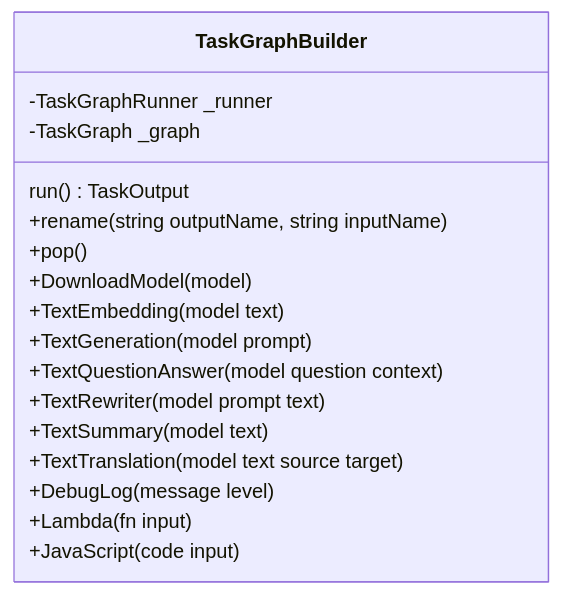
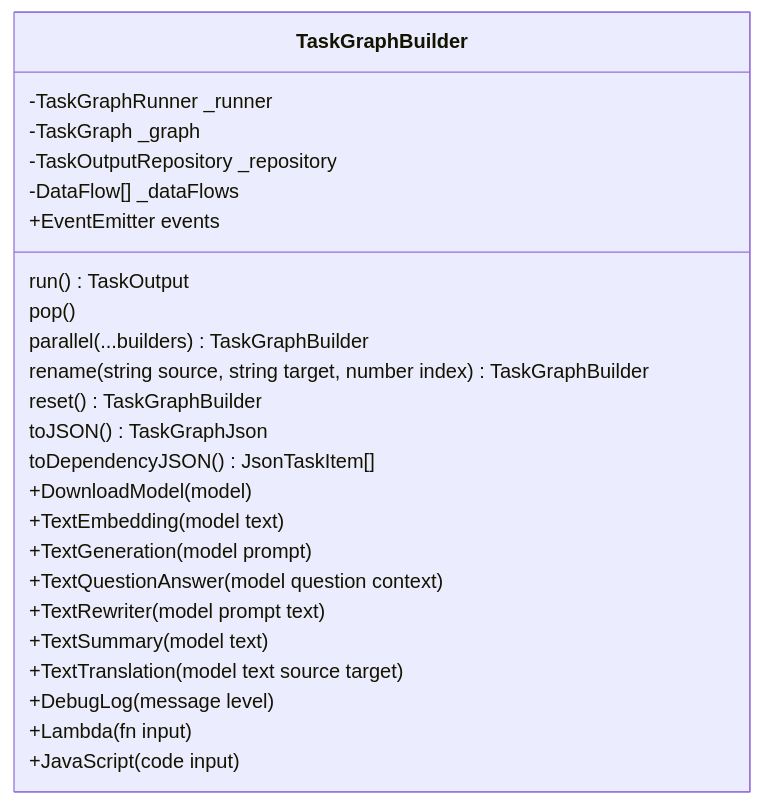
Before and after one commit to sroussey/ellmers: the fifth of 5 diagrams in docs/developers/02_architecture.md, drawn with Mermaid. The commit also changed other lines of this file and 2 other files, not shown here.

````diff
--- a/docs/developers/02_architecture.md
+++ b/docs/developers/02_architecture.md
@@ -276,23 +289,29 @@
 ```mermaid
 classDiagram
 
   class TaskGraphBuilder{
     -TaskGraphRunner _runner
     -TaskGraph _graph
+    -TaskOutputRepository _repository
+    -DataFlow[] _dataFlows
+    +EventEmitter events
     run() TaskOutput
-    +rename(string outputName, string inputName)
-    +pop()
+    pop()
+    parallel(...builders) TaskGraphBuilder
+    rename(string source, string target, number index) TaskGraphBuilder
+    reset() TaskGraphBuilder
+    toJSON() TaskGraphJson
+    toDependencyJSON() JsonTaskItem[]
     +DownloadModel(model)
     +TextEmbedding(model text)
     +TextGeneration(model prompt)
     +TextQuestionAnswer(model question context)
     +TextRewriter(model prompt text)
     +TextSummary(model text)
     +TextTranslation(model text source target)
     +DebugLog(message level)
     +Lambda(fn input)
     +JavaScript(code input)
   }
 
-
 ```
````
